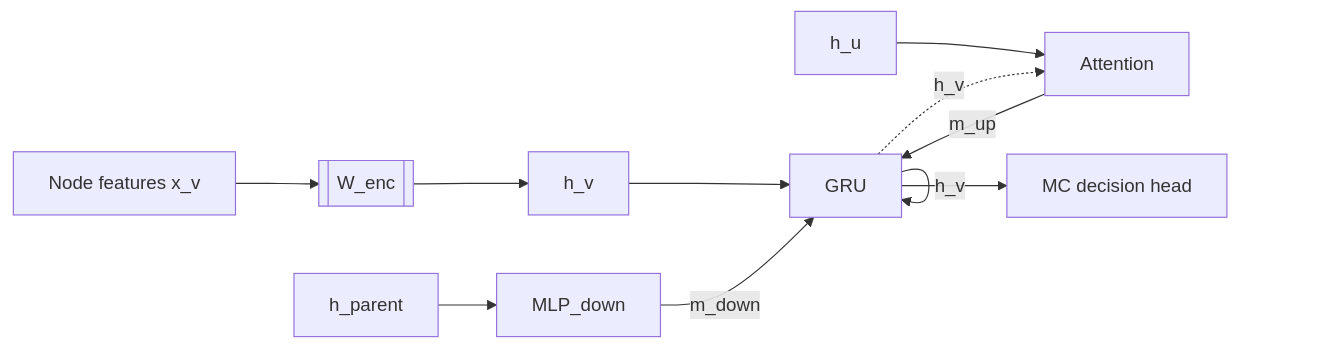
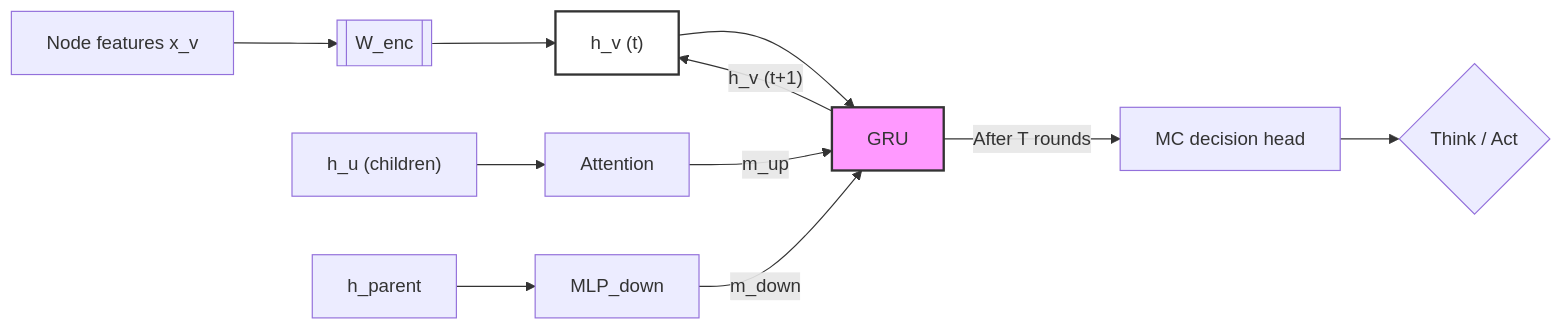
The diagram in project.md (WeiJiMaLab/chess_analysis), drawn with Mermaid before and after one commit.

Commit message:
Update flowchart

````diff
--- a/project.md
+++ b/project.md
@@ -11,13 +11,26 @@
 ```mermaid
 flowchart LR
+    %% Input Layer
     Xv["Node features x_v"] --> Wenc[[W_enc]]
-    Wenc --> Hv["h_v"]
+    Wenc --> Hv["h_v (t)"]
+
+    %% Hidden State Update Loop
     Hv --> GRU["GRU"]
-    Hu["h_u"] --> Attn["Attention"]
-    GRU -.->|"h_v"| Attn
+    
+    %% Bottom-Up Message (Subtree)
+    Hu["h_u (children)"] --> Attn["Attention"]
     Attn -->|"m_up"| GRU
+    
+    %% Top-Down Message (Context)
     Hpar["h_parent"] --> Mdown["MLP_down"]
     Mdown -->|"m_down"| GRU
-    GRU -->|"h_v"| GRU
-    GRU --> Head["MC decision head"]
+
+    %% Recurrence and Output
+    GRU -->|"h_v (t+1)"| Hv
+    GRU -- "After T rounds" --> Head["MC decision head"]
+    Head --> Out{Think / Act}
+
+    %% Styling
+    style GRU fill:#f9f,stroke:#333,stroke-width:2px
+    style Hv fill:#fff,stroke:#333,stroke-width:2px
 ```
````
